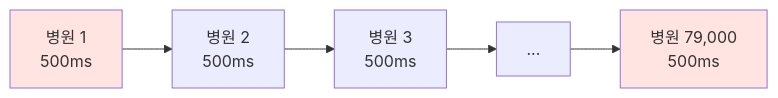
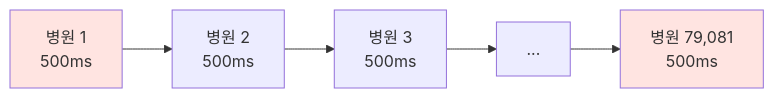
Before and after one commit to medical-info-hub/hospitalInfoProject-backend: the first of 11 diagrams in docs/LARGE_SCALE_API_CALL_INFRASTRUCTURE.md, drawn with Mermaid. The commit also changed other lines of this file, not shown here.

````diff
--- a/docs/LARGE_SCALE_API_CALL_INFRASTRUCTURE.md
+++ b/docs/LARGE_SCALE_API_CALL_INFRASTRUCTURE.md
@@ -82,10 +81,10 @@
 ```mermaid
 graph LR
     A[병원 1<br/>500ms] --> B[병원 2<br/>500ms]
     B --> C[병원 3<br/>500ms]
     C --> D[...]
-    D --> E[병원 79,000<br/>500ms]
+    D --> E[병원 79,081<br/>500ms]
 
     style A fill:#FFE4E1
     style E fill:#FFE4E1
 ```
````
